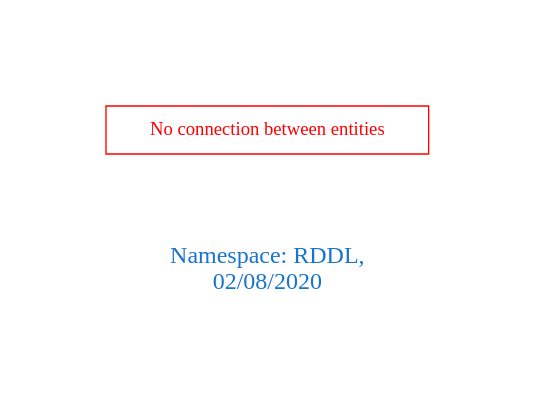
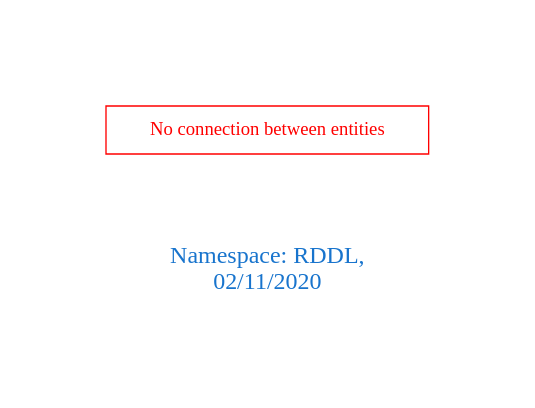
Before and after one commit to arago/OGIT: the diagram in downloads/RDDL.dot, drawn with Graphviz. The commit also changed 1693 other files, not shown here.

```diff
--- a/downloads/RDDL.dot
+++ b/downloads/RDDL.dot
@@ -1,9 +1,9 @@
 digraph OGIT_ontology {
  graph [ rankdir= LR,pad=1 
 fontsize = 18,
-fontcolor= dodgerblue3,label = "\n\n\nNamespace: RDDL, \n 02/08/2020"];
+fontcolor= dodgerblue3,label = "\n\n\nNamespace: RDDL, \n 02/11/2020"];
 node[shape=polygon];
 edge [  color="gray81"];
 
 "No connection between entities" [fontcolor = "red",color="red", shape="polygon"]
 }
```
